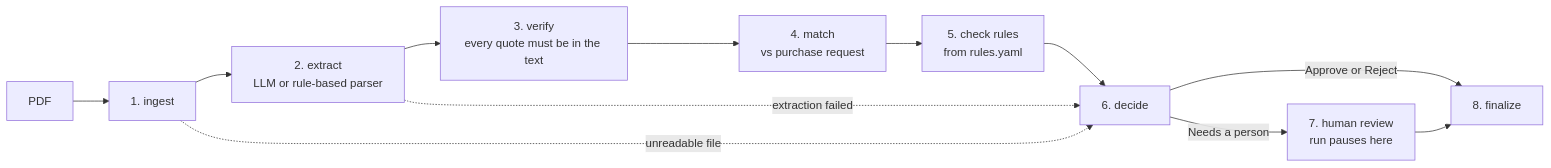
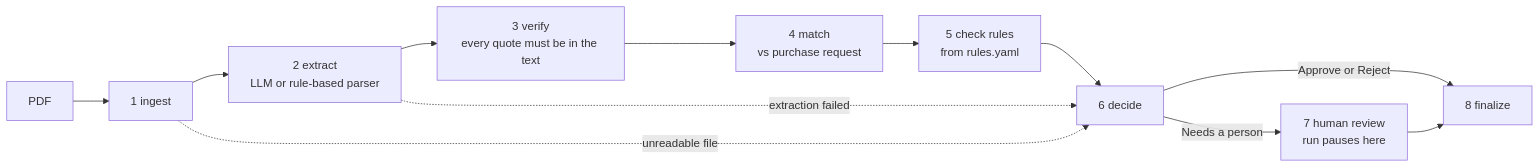
Before and after one commit to Genius-360/Supplier-Document-Checker: the diagram in README.md, drawn with Mermaid. The commit also changed other lines of this file, not shown here.

````diff
--- a/README.md
+++ b/README.md
@@ -39,14 +135,14 @@
 ```mermaid
 flowchart LR
-    A[PDF] --> B[1. ingest]
-    B --> C["2. extract<br/>LLM or rule-based parser"]
-    C --> D["3. verify<br/>every quote must be in the text"]
-    D --> E["4. match<br/>vs purchase request"]
-    E --> F["5. check rules<br/>from rules.yaml"]
-    F --> G[6. decide]
-    G -->|Approve or Reject| I[8. finalize]
-    G -->|Needs a person| H["7. human review<br/>run pauses here"]
+    A[PDF] --> B[1 ingest]
+    B --> C["2 extract<br/>LLM or rule-based parser"]
+    C --> D["3 verify<br/>every quote must be in the text"]
+    D --> E["4 match<br/>vs purchase request"]
+    E --> F["5 check rules<br/>from rules.yaml"]
+    F --> G[6 decide]
+    G -->|Approve or Reject| I[8 finalize]
+    G -->|Needs a person| H["7 human review<br/>run pauses here"]
     H --> I
     B -. "unreadable file" .-> G
     C -. "extraction failed" .-> G
 ```
````
